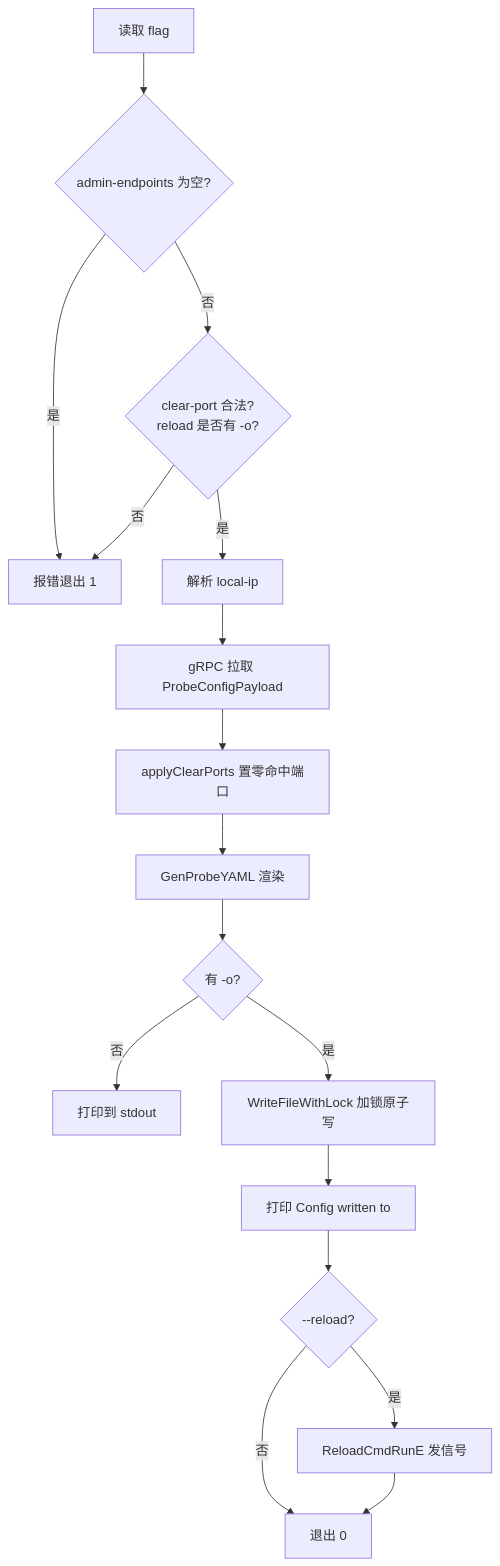
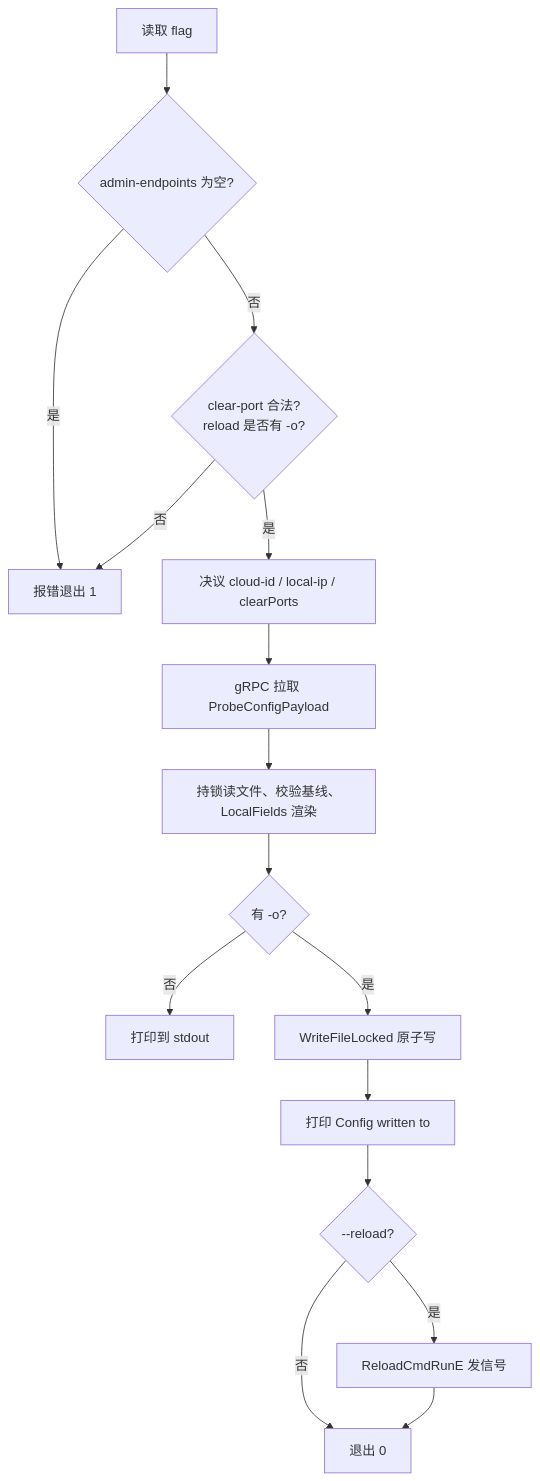
One commit to TencentBlueKing/blueking-dbm changed the diagram in dbm-services/common/dbha-v2/docs/flows/gen-config-design.md. Above: the diagram before and after it, drawn with Mermaid. The commit also changed other lines of this file and 17 other files, not shown here.

Commit message:
fix(dbha-v2): persist local probe fields across gen-config and admin sync. issue: #19841

````diff
--- a/dbm-services/common/dbha-v2/docs/flows/gen-config-design.md
+++ b/dbm-services/common/dbha-v2/docs/flows/gen-config-design.md
@@ -38,19 +44,18 @@
 ```mermaid
 flowchart TD
   A[读取 flag] --> B{admin-endpoints 为空?}
   B -- 是 --> E1[报错退出 1]
   B -- 否 --> C{clear-port 合法?<br/>reload 是否有 -o?}
   C -- 否 --> E1
-  C -- 是 --> D[解析 local-ip]
+  C -- 是 --> D[决议 cloud-id / local-ip / clearPorts]
   D --> F[gRPC 拉取 ProbeConfigPayload]
-  F --> G[applyClearPorts 置零命中端口]
-  G --> H[GenProbeYAML 渲染]
+  F --> H[持锁读文件、校验基线、LocalFields 渲染]
   H --> I{有 -o?}
   I -- 否 --> J[打印到 stdout]
-  I -- 是 --> K[WriteFileWithLock 加锁原子写]
+  I -- 是 --> K[WriteFileLocked 原子写]
   K --> L[打印 Config written to]
   L --> M{--reload?}
   M -- 否 --> N[退出 0]
   M -- 是 --> O[ReloadCmdRunE 发信号]
   O --> N
 ```
````
